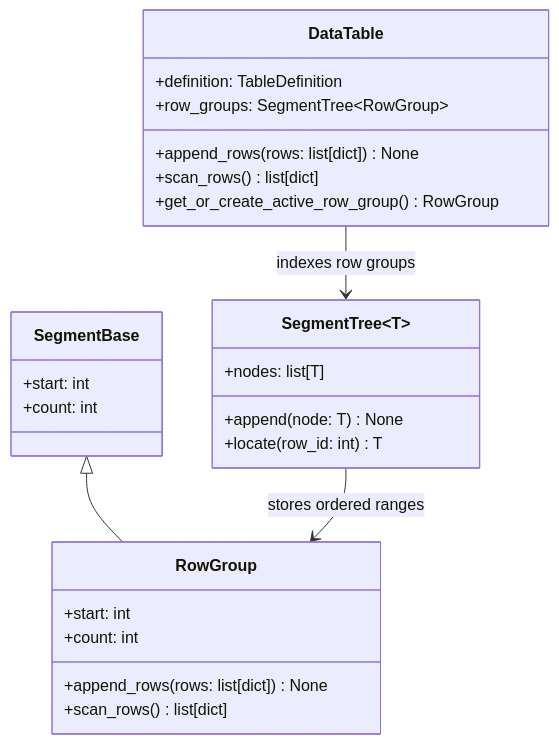
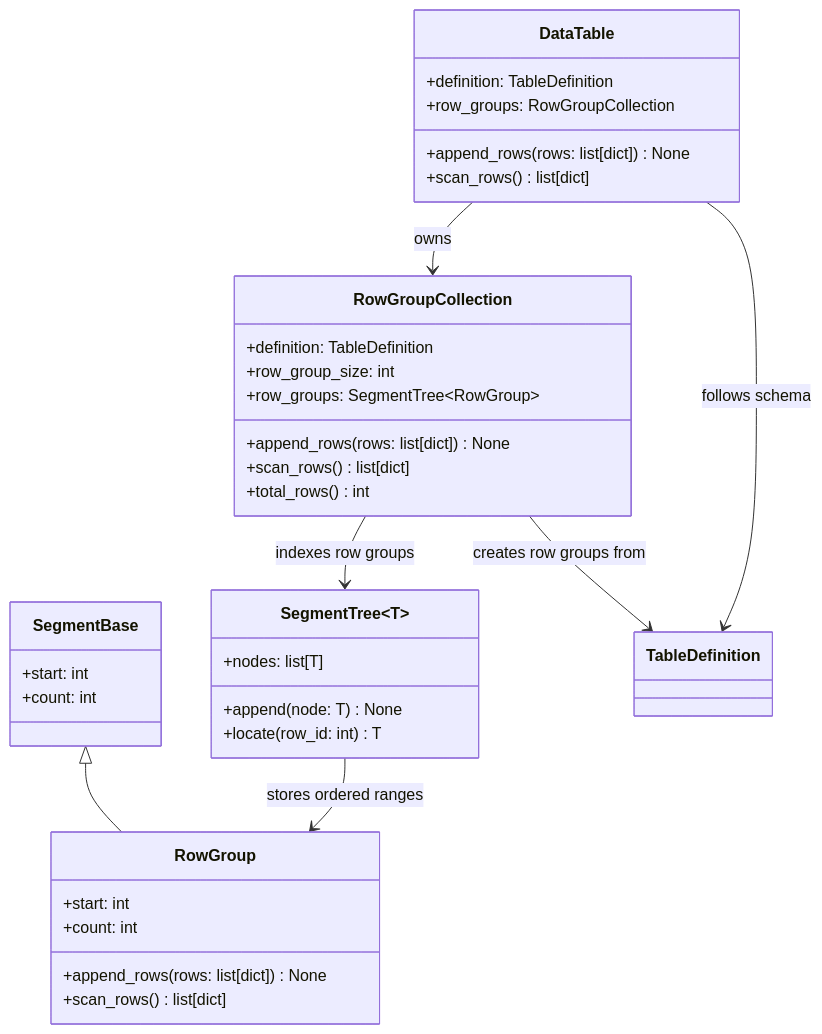
The seventh of 10 diagrams in docs/curriculum.md (ShikoteiCoding/columnar-database-storage), drawn with Mermaid before and after one commit. The commit also changed other lines of this file, not shown here.

````diff
--- a/docs/curriculum.md
+++ b/docs/curriculum.md
@@ -452,32 +452,43 @@
 ```mermaid
 classDiagram
 	class SegmentBase {
 		+start: int
 		+count: int
 	}
 
 	class SegmentTree~T~ {
 		+nodes: list[T]
 		+append(node: T) None
 		+locate(row_id: int) T
 	}
 
 	class RowGroup {
 		+start: int
 		+count: int
 		+append_rows(rows: list[dict]) None
 		+scan_rows() list[dict]
 	}
 
-	class DataTable {
+	class RowGroupCollection {
 		+definition: TableDefinition
+		+row_group_size: int
 		+row_groups: SegmentTree~RowGroup~
 		+append_rows(rows: list[dict]) None
 		+scan_rows() list[dict]
-		+get_or_create_active_row_group() RowGroup
+		+total_rows() int
+	}
+
+	class DataTable {
+		+definition: TableDefinition
+		+row_groups: RowGroupCollection
+		+append_rows(rows: list[dict]) None
+		+scan_rows() list[dict]
 	}
 
 	SegmentBase <|-- RowGroup
-	DataTable --> SegmentTree~T~ : indexes row groups
+	DataTable --> RowGroupCollection : owns
+	RowGroupCollection --> SegmentTree~T~ : indexes row groups
 	SegmentTree~T~ --> RowGroup : stores ordered ranges
+	DataTable --> TableDefinition : follows schema
+	RowGroupCollection --> TableDefinition : creates row groups from
 ```
````
